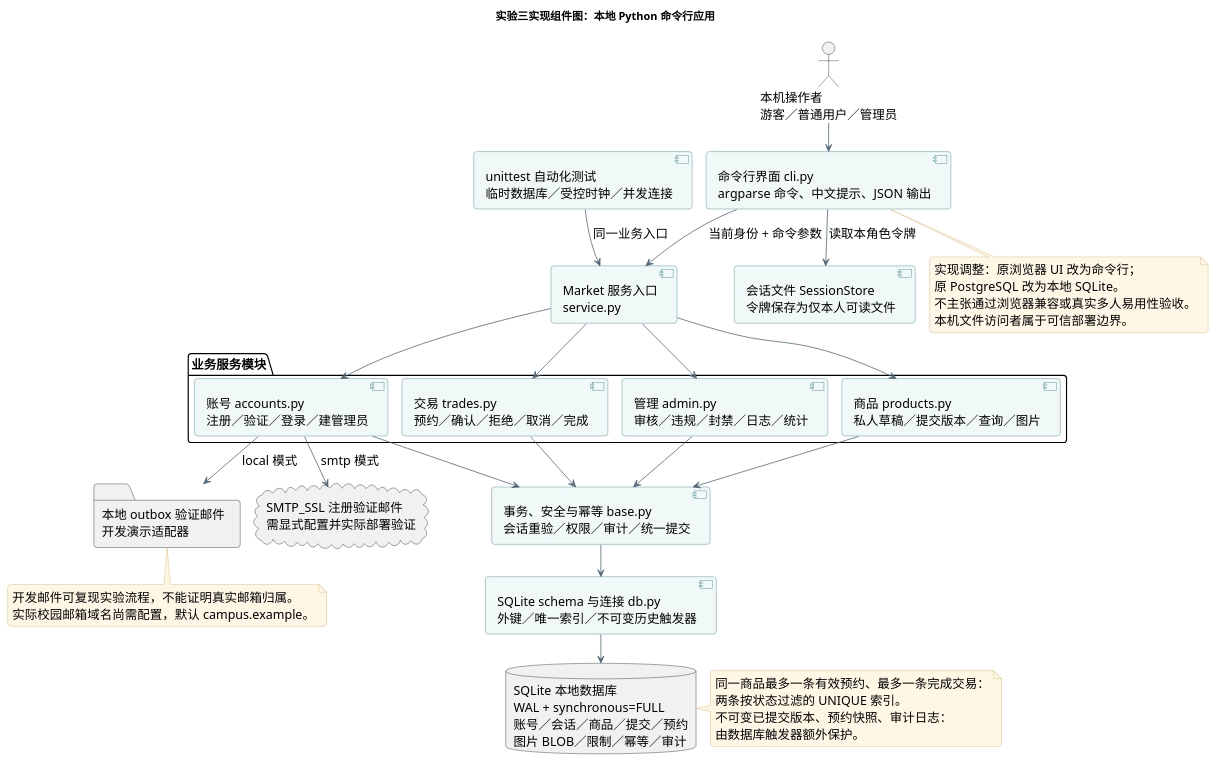
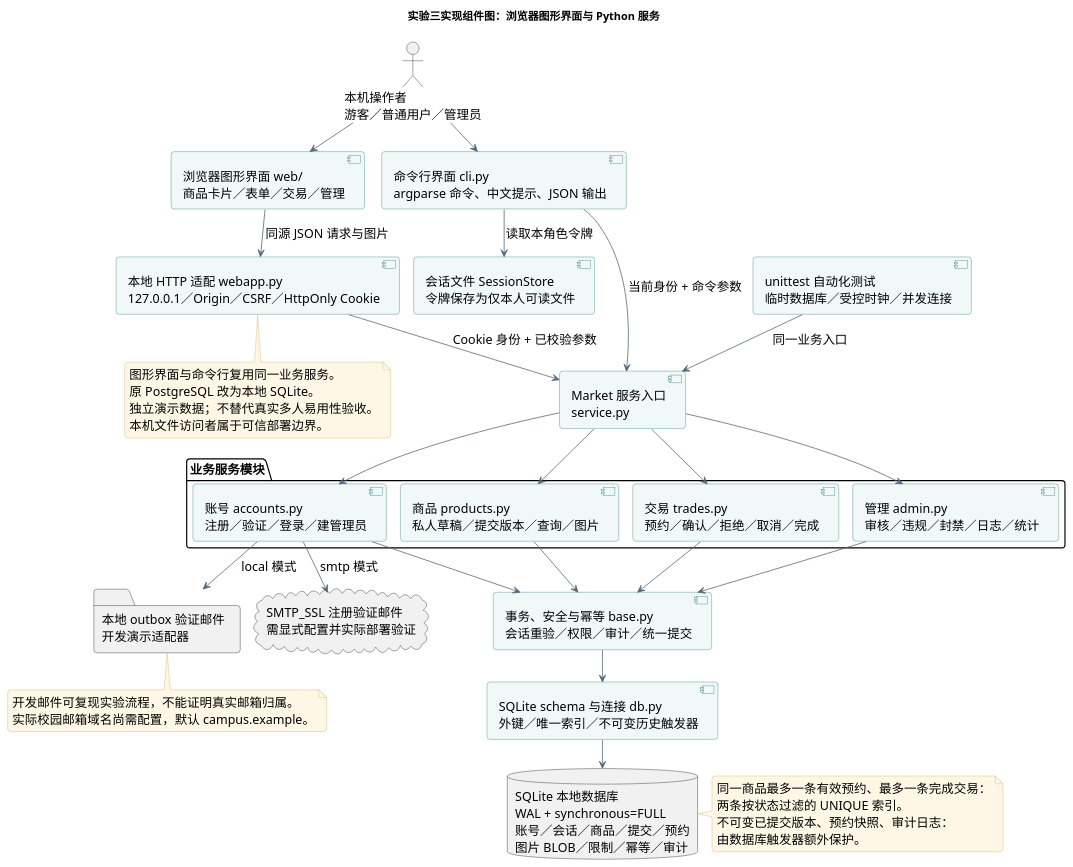
One commit to hqzhao-debug/software-engineering-lab1 changed the diagram in lab3/UML/UML实现组件图.puml. Above: the diagram before and after it, drawn with PlantUML. The commit also changed 35 other files, not shown here.

Commit message:
lab3: add browser GUI, graphical launcher and verified UI workflows

```diff
--- a/lab3/UML/UML实现组件图.puml
+++ b/lab3/UML/UML实现组件图.puml
@@ -1,67 +1,72 @@
 @startuml
 !pragma layout smetana
 skinparam backgroundColor #FFFFFF
 skinparam defaultFontName "PingFang SC"
 skinparam defaultFontSize 16
 skinparam shadowing false
 skinparam roundcorner 8
 skinparam componentBackgroundColor #F1F8F8
 skinparam componentBorderColor #347E80
 skinparam ArrowColor #526878
 skinparam noteBackgroundColor #FFF7E6
 skinparam noteBorderColor #D4AD66
 skinparam linetype polyline
-title 实验三实现组件图：本地 Python 命令行应用
+title 实验三实现组件图：浏览器图形界面与 Python 服务
 top to bottom direction
 
 actor "本机操作者\n游客／普通用户／管理员" as User
+component "浏览器图形界面 web/\n商品卡片／表单／交易／管理" as GUI
+component "本地 HTTP 适配 webapp.py\n127.0.0.1／Origin／CSRF／HttpOnly Cookie" as HTTP
 component "命令行界面 cli.py\nargparse 命令、中文提示、JSON 输出" as CLI
 component "会话文件 SessionStore\n令牌保存为仅本人可读文件" as Session
 component "Market 服务入口\nservice.py" as Market
 package "业务服务模块" {
   component "账号 accounts.py\n注册／验证／登录／建管理员" as Account
   component "商品 products.py\n私人草稿／提交版本／查询／图片" as Product
   component "交易 trades.py\n预约／确认／拒绝／取消／完成" as Trade
   component "管理 admin.py\n审核／违规／封禁／日志／统计" as Admin
 }
 component "事务、安全与幂等 base.py\n会话重验／权限／审计／统一提交" as Base
 component "SQLite schema 与连接 db.py\n外键／唯一索引／不可变历史触发器" as Storage
 database "SQLite 本地数据库\nWAL + synchronous=FULL\n账号／会话／商品／提交／预约\n图片 BLOB／限制／幂等／审计" as DB
 folder "本地 outbox 验证邮件\n开发演示适配器" as Outbox
 cloud "SMTP_SSL 注册验证邮件\n需显式配置并实际部署验证" as SMTP
 component "unittest 自动化测试\n临时数据库／受控时钟／并发连接" as Tests
 
 User --> CLI
+User --> GUI
+GUI --> HTTP : 同源 JSON 请求与图片
+HTTP --> Market : Cookie 身份 + 已校验参数
 CLI --> Session : 读取本角色令牌
 CLI --> Market : 当前身份 + 命令参数
 Market --> Account
 Market --> Product
 Market --> Trade
 Market --> Admin
 Account --> Base
 Product --> Base
 Trade --> Base
 Admin --> Base
 Base --> Storage
 Storage --> DB
 Account --> Outbox : local 模式
 Account --> SMTP : smtp 模式
 Tests --> Market : 同一业务入口
 
 note right of DB
   同一商品最多一条有效预约、最多一条完成交易：
   两条按状态过滤的 UNIQUE 索引。
   不可变已提交版本、预约快照、审计日志：
   由数据库触发器额外保护。
 end note
-note bottom of CLI
-  实现调整：原浏览器 UI 改为命令行；
+note bottom of HTTP
+  图形界面与命令行复用同一业务服务。
   原 PostgreSQL 改为本地 SQLite。
-  不主张通过浏览器兼容或真实多人易用性验收。
+  独立演示数据；不替代真实多人易用性验收。
   本机文件访问者属于可信部署边界。
 end note
 note bottom of Outbox
   开发邮件可复现实验流程，不能证明真实邮箱归属。
   实际校园邮箱域名尚需配置，默认 campus.example。
 end note
 @enduml
```
